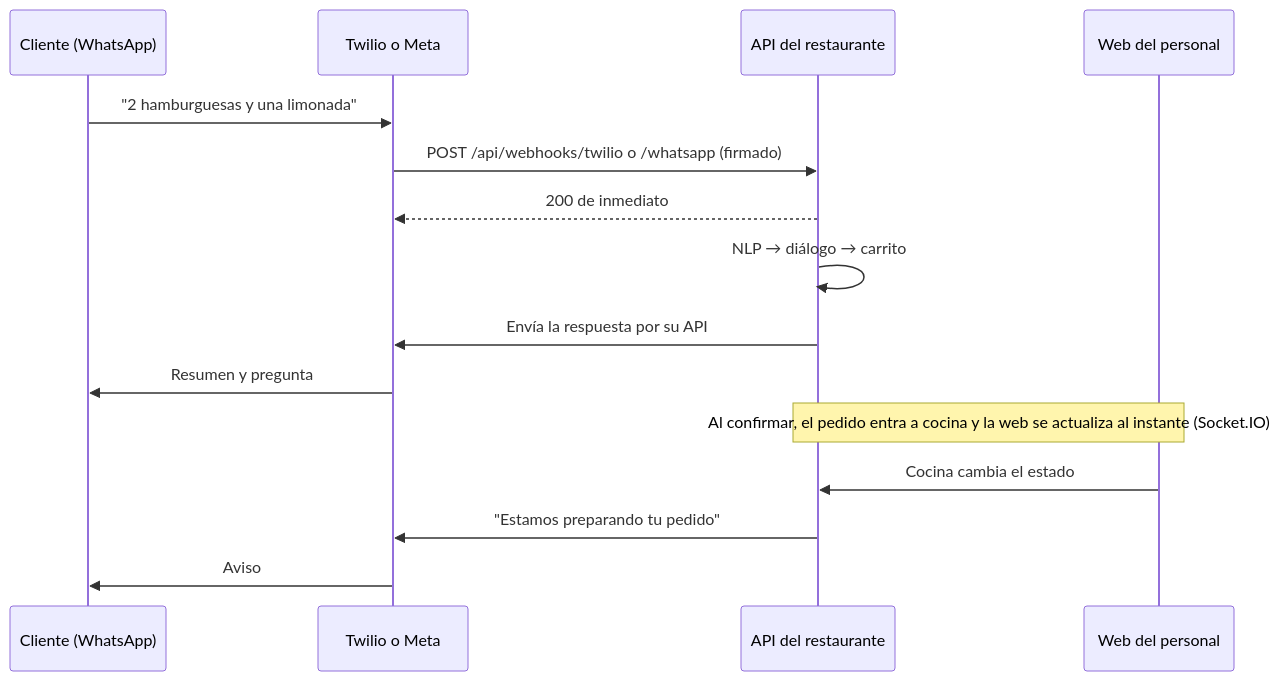
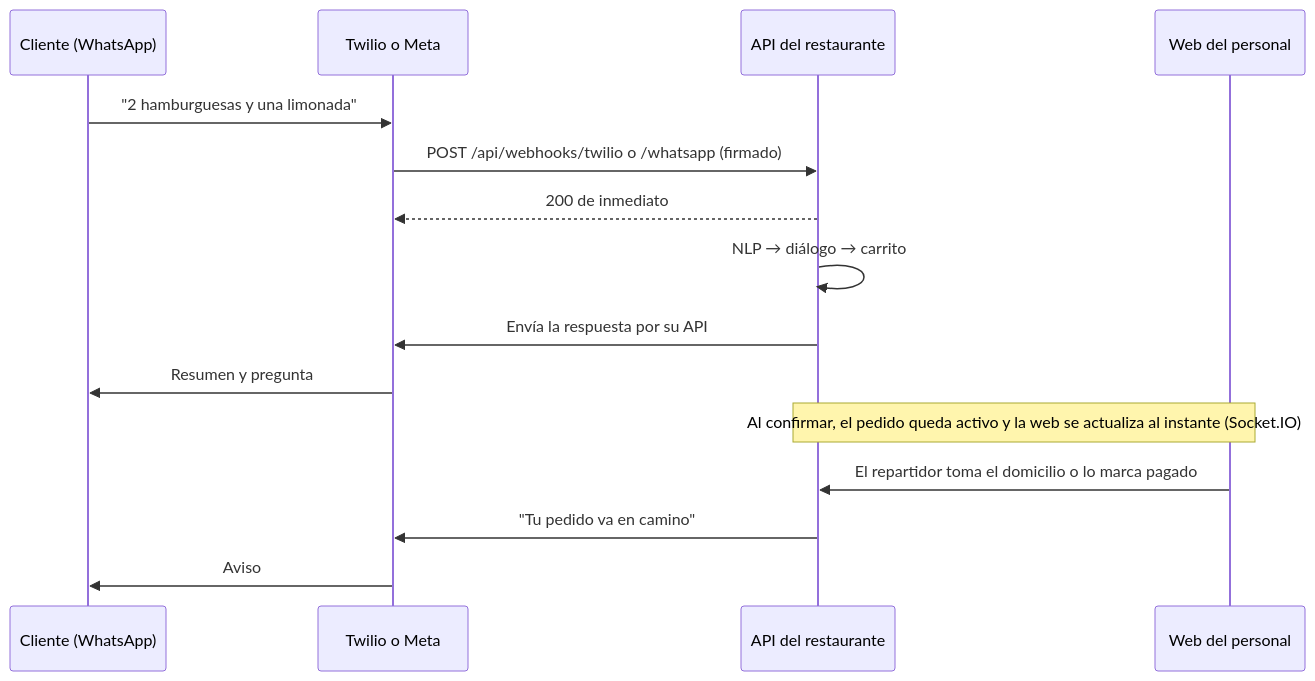
One commit to santrix12G/sistema-gestion-restaurante changed the diagram in docs/whatsapp.md. Above: the diagram before and after it, drawn with Mermaid. The commit also changed other lines of this file and 46 other files, not shown here.

First line of the commit message:
Quitar cocina y simplificar estados del pedido

````diff
--- a/docs/whatsapp.md
+++ b/docs/whatsapp.md
@@ -7,17 +7,17 @@
 ```mermaid
 sequenceDiagram
     participant C as Cliente (WhatsApp)
     participant M as Twilio o Meta
     participant A as API del restaurante
     participant W as Web del personal
     C->>M: "2 hamburguesas y una limonada"
     M->>A: POST /api/webhooks/twilio o /whatsapp (firmado)
     A-->>M: 200 de inmediato
     A->>A: NLP → diálogo → carrito
     A->>M: Envía la respuesta por su API
     M->>C: Resumen y pregunta
-    Note over A,W: Al confirmar, el pedido entra a cocina y la web se actualiza al instante (Socket.IO)
-    W->>A: Cocina cambia el estado
-    A->>M: "Estamos preparando tu pedido"
+    Note over A,W: Al confirmar, el pedido queda activo y la web se actualiza al instante (Socket.IO)
+    W->>A: El repartidor toma el domicilio o lo marca pagado
+    A->>M: "Tu pedido va en camino"
     M->>C: Aviso
 ```
````
